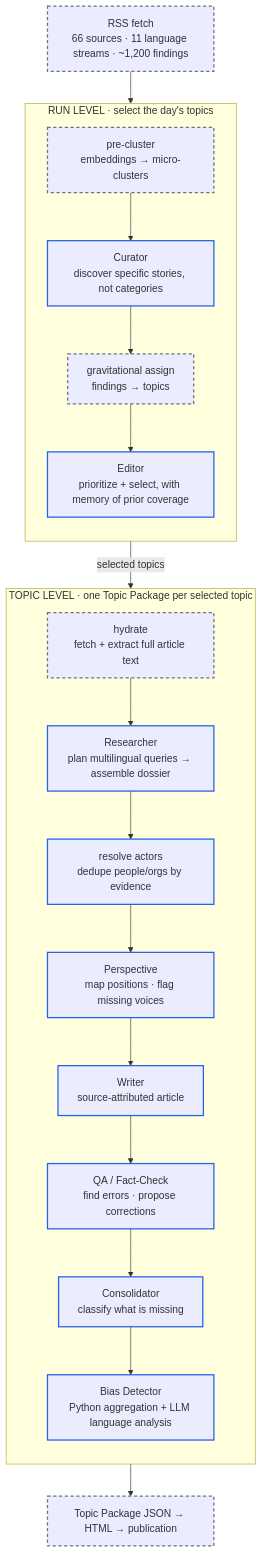
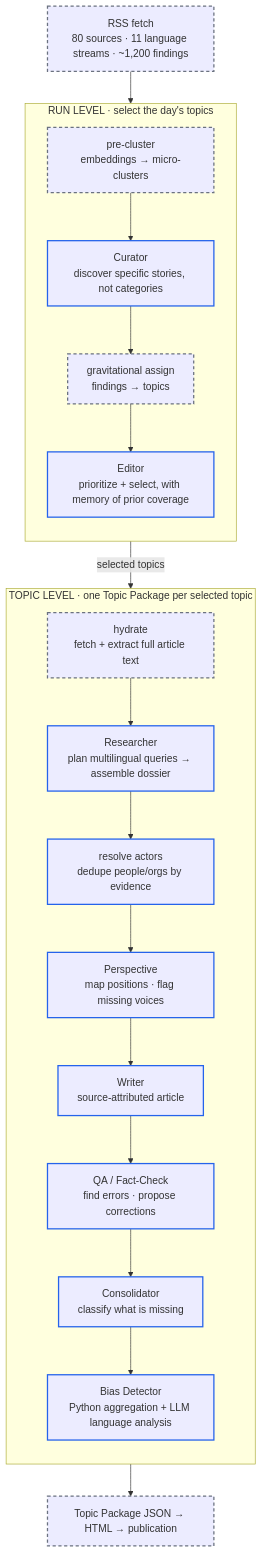
One commit to deniz-schwenk/independent-wire changed the diagram in README.md. Above: the diagram before and after it, drawn with Mermaid. The commit also changed other lines of this file and 1 other file, not shown here.

First line of the commit message:
docs: sync README + ARCHITECTURE model tables with production reality

````diff
--- a/README.md
+++ b/README.md
@@ -33,34 +33,34 @@
 ```mermaid
 flowchart TD
-    RSS["RSS fetch<br/>66 sources · 11 language streams · ~1,200 findings"]:::det
+    RSS["RSS fetch<br/>80 sources · 11 language streams · ~1,200 findings"]:::det
     RSS --> RUN
 
     subgraph RUN["RUN LEVEL · select the day's topics"]
         direction TB
         PC["pre-cluster<br/>embeddings → micro-clusters"]:::det
         CUR["Curator<br/>discover specific stories, not categories"]:::llm
         GRAV["gravitational assign<br/>findings → topics"]:::det
         ED["Editor<br/>prioritize + select, with memory of prior coverage"]:::llm
         PC --> CUR --> GRAV --> ED
     end
 
     ED -->|"selected topics"| TOPIC
 
     subgraph TOPIC["TOPIC LEVEL · one Topic Package per selected topic"]
         direction TB
         HY["hydrate<br/>fetch + extract full article text"]:::det
         RES["Researcher<br/>plan multilingual queries → assemble dossier"]:::llm
         ACT["resolve actors<br/>dedupe people/orgs by evidence"]:::llm
         PER["Perspective<br/>map positions · flag missing voices"]:::llm
         WR["Writer<br/>source-attributed article"]:::llm
         QA["QA / Fact-Check<br/>find errors · propose corrections"]:::llm
         CON["Consolidator<br/>classify what is missing"]:::llm
         BIAS["Bias Detector<br/>Python aggregation + LLM language analysis"]:::llm
         HY --> RES --> ACT --> PER --> WR --> QA --> CON --> BIAS
     end
 
     BIAS --> OUT["Topic Package JSON → HTML → publication"]:::det
 
     classDef llm stroke:#2563eb,stroke-width:2px;
     classDef det stroke:#6b7280,stroke-width:2px,stroke-dasharray:5 4;
 ```
````
